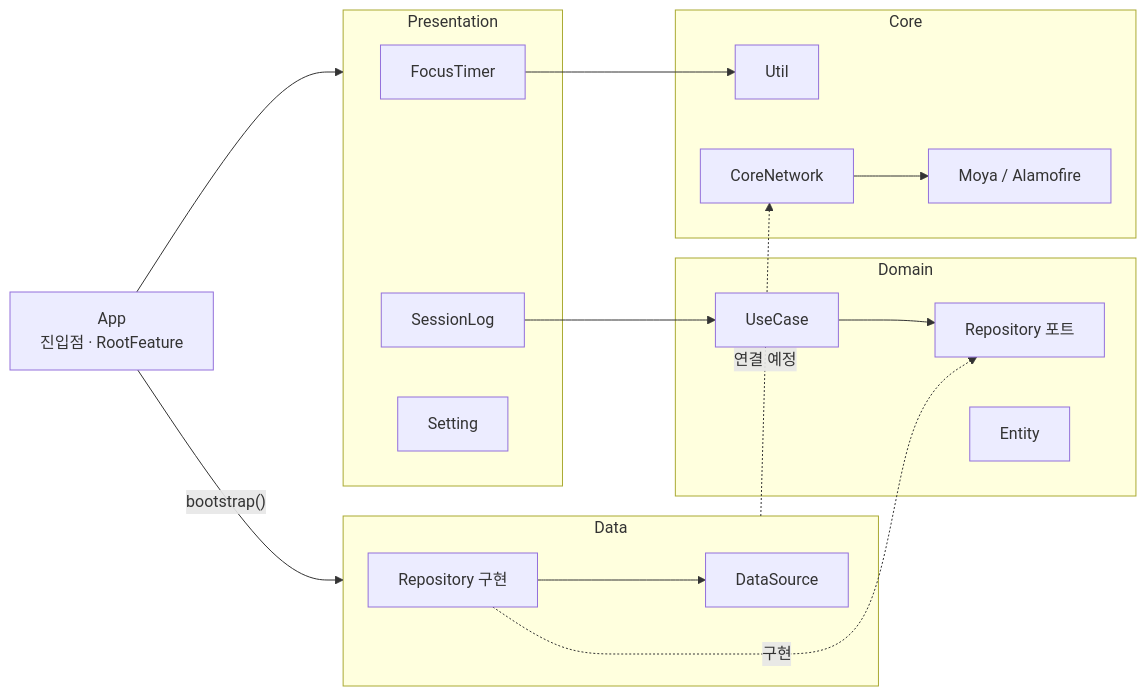
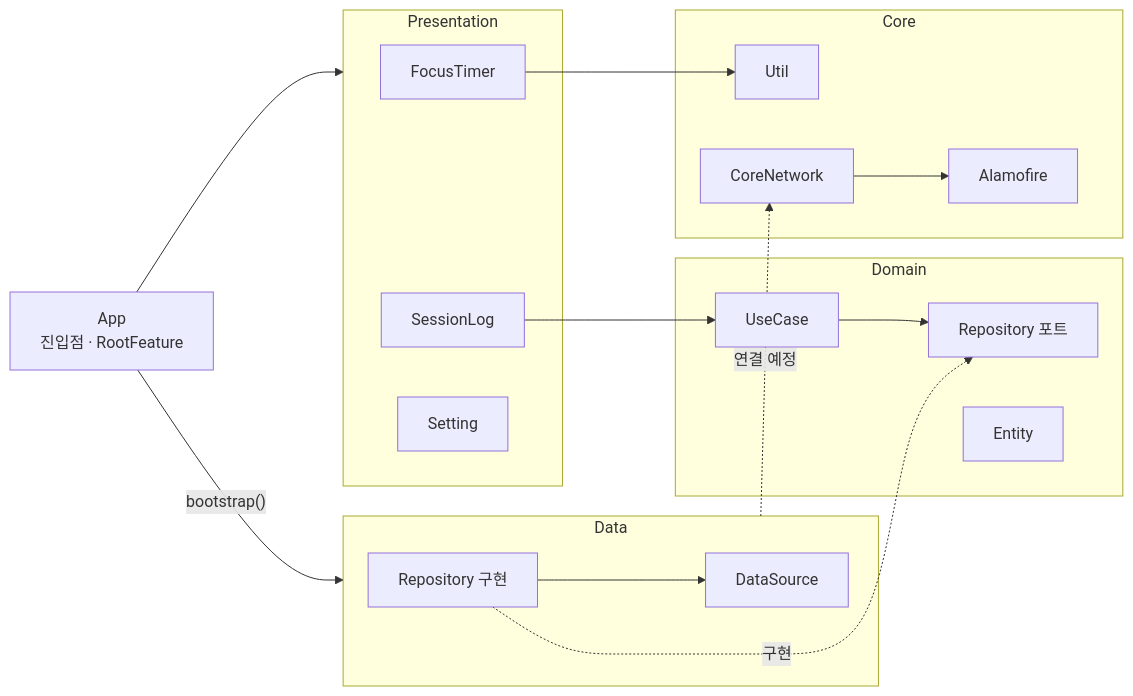
One commit to Younggun-Kim/HyperFocus2 changed the diagram in README.md. Above: the diagram before and after it, drawn with Mermaid. The commit also changed other lines of this file and 19 other files, not shown here.

````diff
--- a/README.md
+++ b/README.md
@@ -32,31 +32,31 @@
 ```mermaid
 flowchart LR
     App["App<br/>진입점 · RootFeature"]
 
     subgraph Presentation
         FocusTimer
         SessionLog
         Setting
     end
 
     subgraph Domain
         UseCase --> RepoPort["Repository 포트"]
         Entity
     end
 
     subgraph Data
         RepoLive["Repository 구현"] --> DataSource
     end
 
     subgraph Core
         Util
-        CoreNetwork --> Moya["Moya / Alamofire"]
+        CoreNetwork --> Alamofire
     end
 
     App --> Presentation
     App -- "bootstrap()" --> Data
     FocusTimer --> Util
     SessionLog --> UseCase
     RepoLive -. 구현 .-> RepoPort
     Data -. 연결 예정 .-> CoreNetwork
 ```
````
